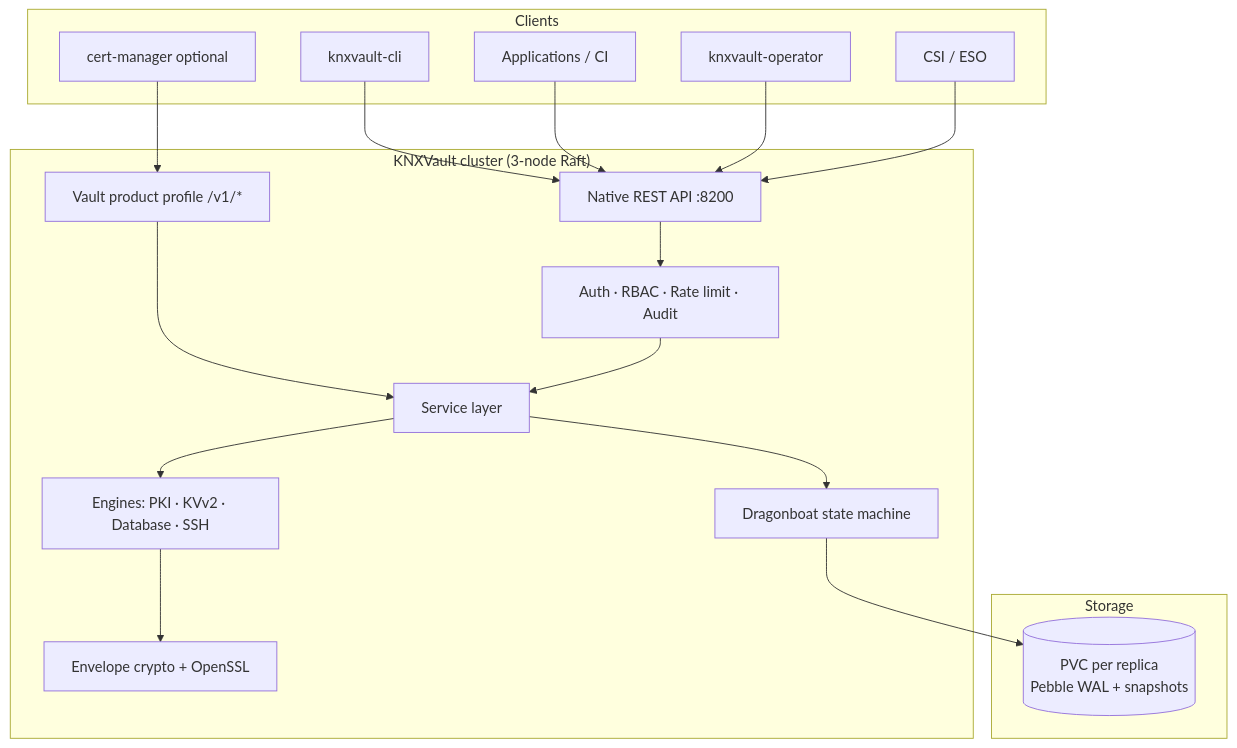
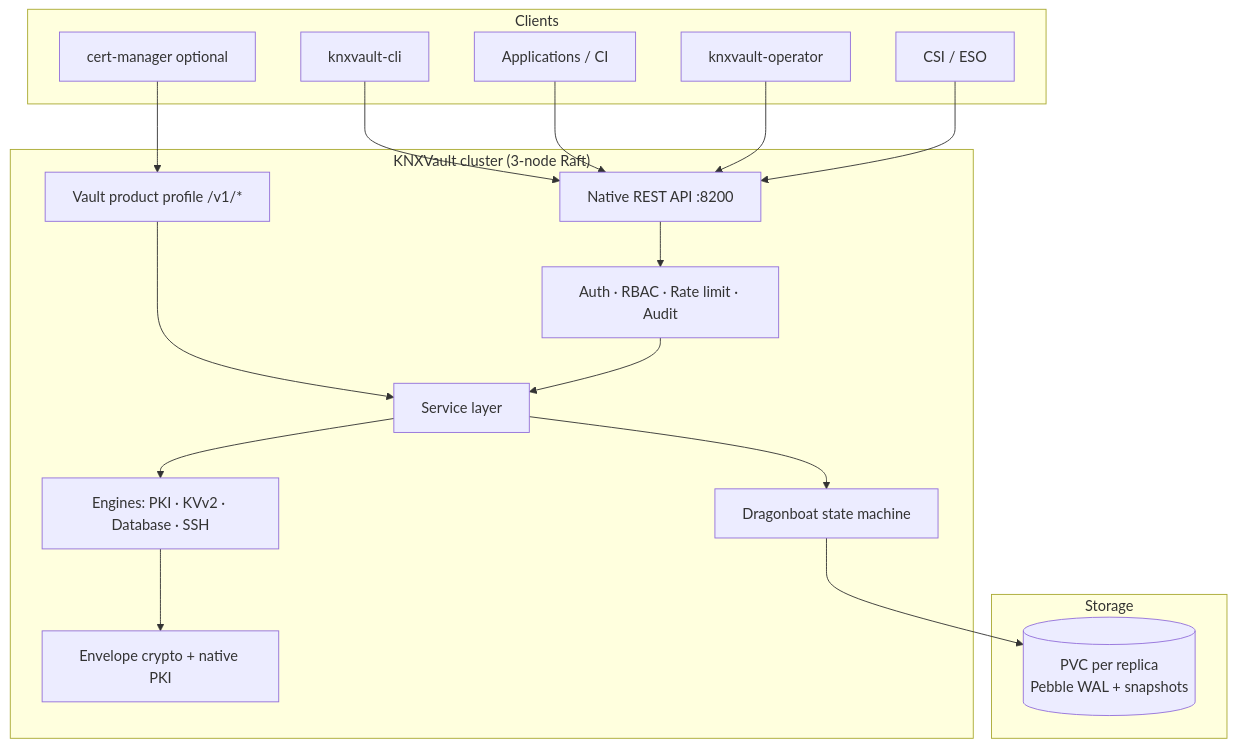
The diagram in docs/architecture/hld.md (kubenexis/knxvault), drawn with Mermaid before and after one commit. The commit also changed other lines of this file and 66 other files, not shown here.

First line of the commit message:
feat: distroless debian13 only; remove OpenSSL CLI PKI backend

````diff
--- a/docs/architecture/hld.md
+++ b/docs/architecture/hld.md
@@ -40,34 +40,34 @@
 ```mermaid
 graph TB
     subgraph Clients
         CLI[knxvault-cli]
         Apps[Applications / CI]
         Op[knxvault-operator]
         CM[cert-manager optional]
         CSI[CSI / ESO]
     end
 
     subgraph KNXVault["KNXVault cluster (3-node Raft)"]
         API[Native REST API :8200]
         V1[Vault product profile /v1/*]
         MW[Auth · RBAC · Rate limit · Audit]
         SVC[Service layer]
         ENG[Engines: PKI · KVv2 · Database · SSH]
-        CRYPTO[Envelope crypto + OpenSSL]
+        CRYPTO[Envelope crypto + native PKI]
         RAFT[Dragonboat state machine]
     end
 
     subgraph Storage
         PVC[(PVC per replica<br/>Pebble WAL + snapshots)]
     end
 
     CLI --> API
     Apps --> API
     Op --> API
     CSI --> API
     CM --> V1
     V1 --> SVC
     API --> MW --> SVC --> ENG
     ENG --> CRYPTO
     SVC --> RAFT --> PVC
 ```
````
